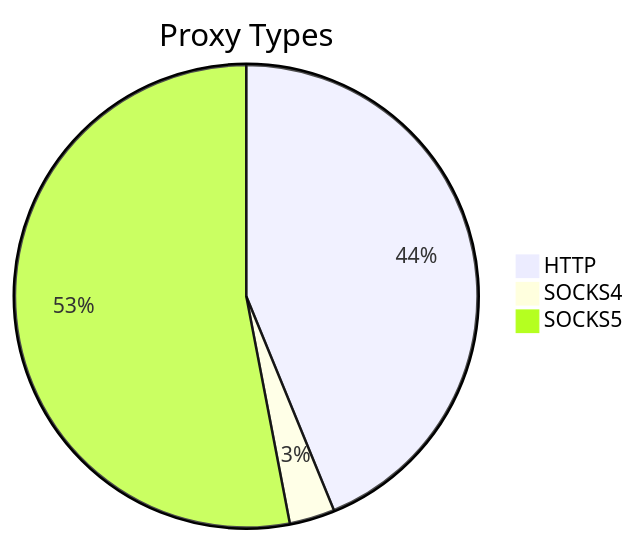
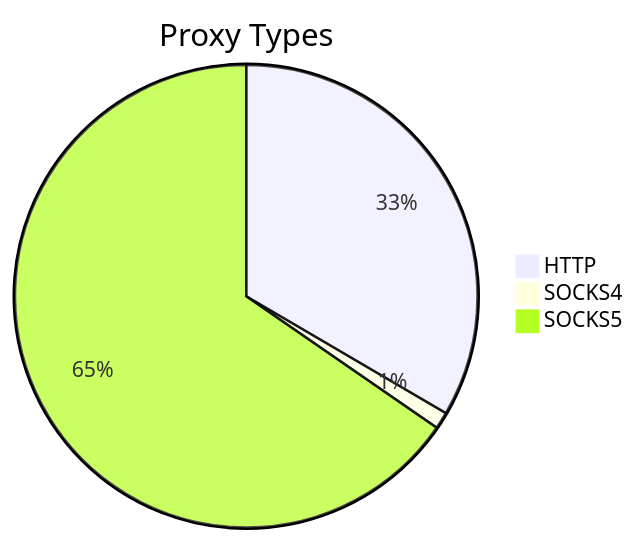
One commit to stormsia/proxy-list changed the first of 2 diagrams in README.md. Above: the diagram before and after it, drawn with Mermaid. The commit also changed other lines of this file, not shown here.

````diff
--- a/README.md
+++ b/README.md
@@ -21,6 +21,6 @@
 ```mermaid
 pie title Proxy Types
-    "HTTP" : 138
-    "SOCKS4" : 10
-    "SOCKS5" : 167
+    "HTTP" : 113
+    "SOCKS4" : 4
+    "SOCKS5" : 221
 ```
````
